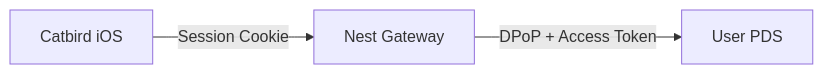
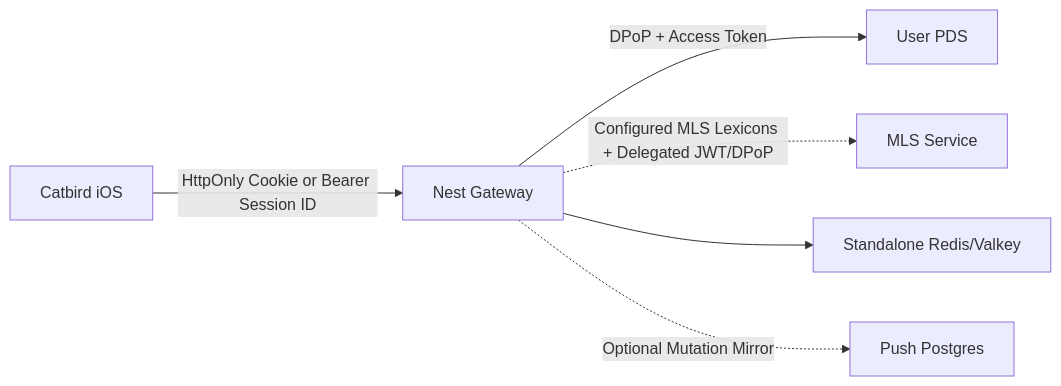
One commit to joshlacal/nest changed the diagram in NEST_ARCHITECTURE.md. Above: the diagram before and after it, drawn with Mermaid. The commit also changed other lines of this file and 41 other files, not shown here.

````diff
--- a/NEST_ARCHITECTURE.md
+++ b/NEST_ARCHITECTURE.md
@@ -40,5 +40,8 @@
 ```mermaid
 graph LR
-    iOS[Catbird iOS] -- Session Cookie --> Nest[Nest Gateway]
+    iOS[Catbird iOS] -- HttpOnly Cookie or Bearer Session ID --> Nest[Nest Gateway]
     Nest -- DPoP + Access Token --> PDS[User PDS]
+    Nest -. Configured MLS Lexicons + Delegated JWT/DPoP .-> MLS[MLS Service]
+    Nest --> Redis[Standalone Redis/Valkey]
+    Nest -. Optional Mutation Mirror .-> Postgres[Push Postgres]
 ```
````
